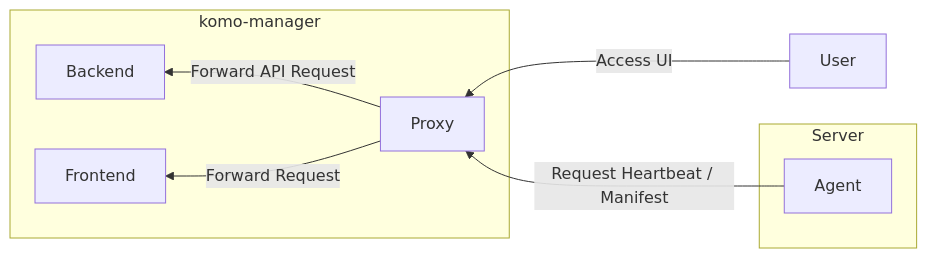
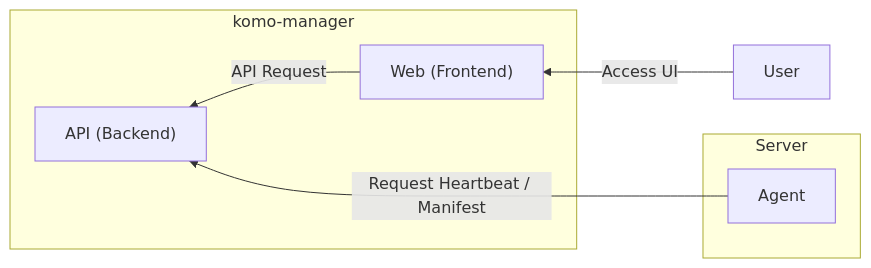
One commit to ichi-h/komoriuta changed the third of 5 diagrams in docs/sdd.md. Above: the diagram before and after it, drawn with Mermaid. The commit also changed other lines of this file and 5 other files, not shown here.

````diff
--- a/docs/sdd.md
+++ b/docs/sdd.md
@@ -81,19 +81,17 @@
 ```mermaid
 graph RL
   subgraph "komo-manager"
-    Backend
-    Frontend
-    Proxy
+    API["API (Backend)"]
+    Web["Web (Frontend)"]
   end
 
   subgraph Server
     Agent
   end
 
   User
 
-  User -- Access UI --> Proxy
-  Agent -- Request Heartbeat / Manifest --> Proxy
-  Proxy -- Forward Request --> Frontend
-  Proxy -- Forward API Request --> Backend
+  User -- Access UI --> Web
+  Web -- API Request --> API
+  Agent -- Request Heartbeat / Manifest ---> API
 ```
````
